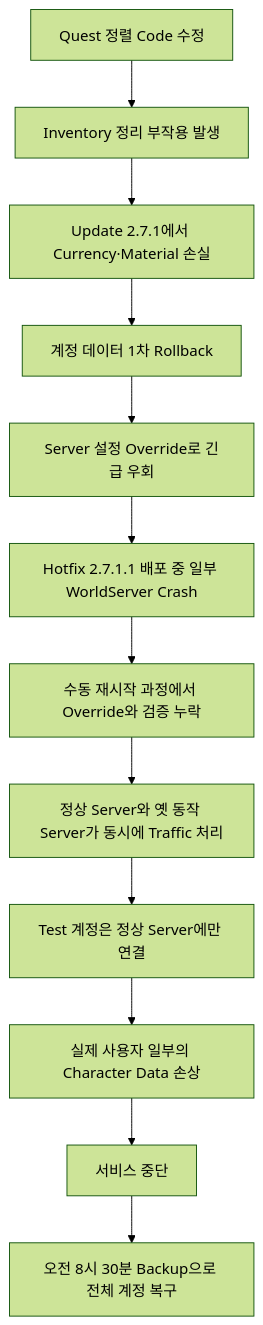
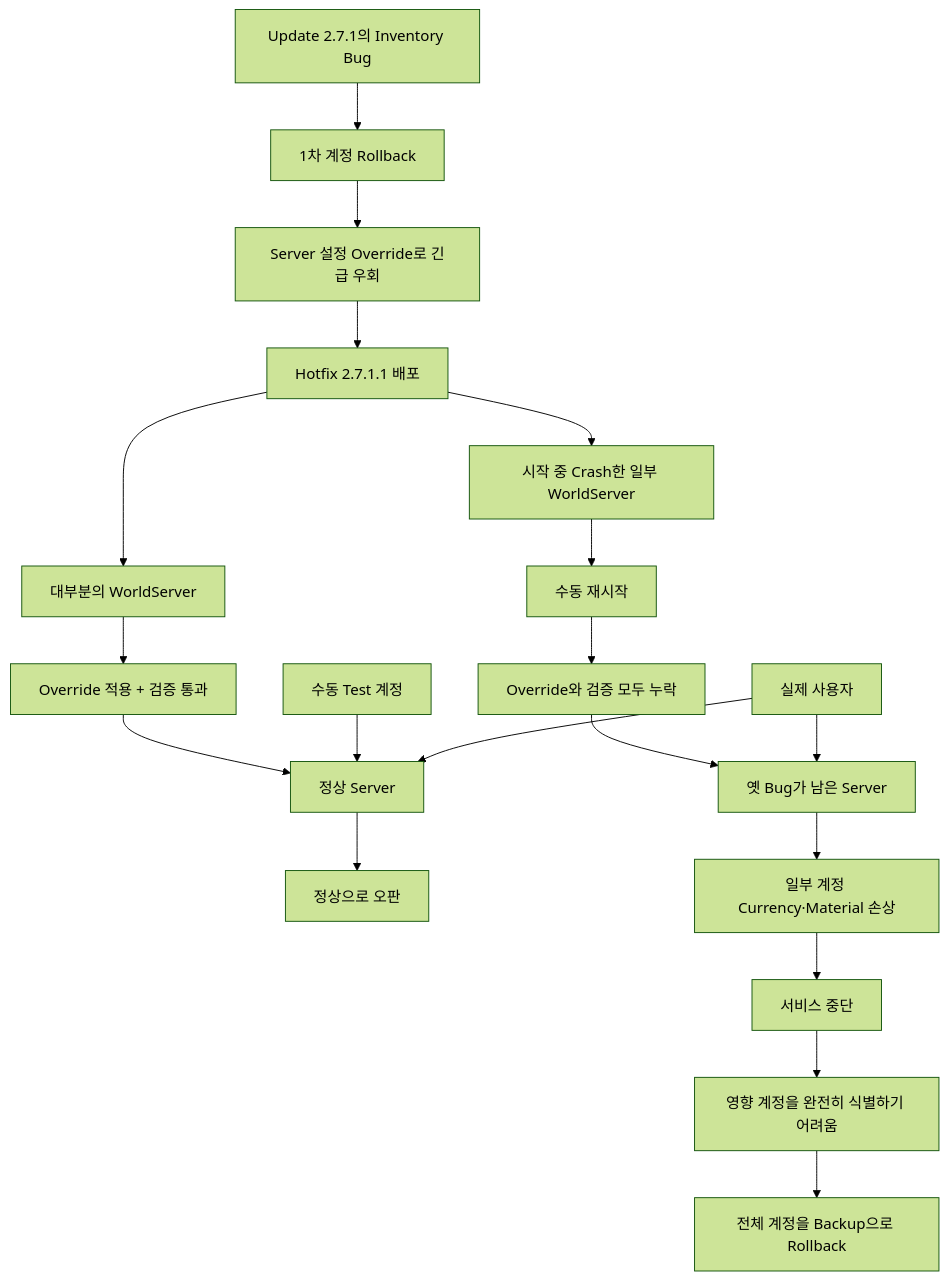
Before and after one commit to Unoh03/Obsi3: the first of 2 diagrams in 10_학습 노트/클라우드/Kubernetes/Lab_EKS Deployment 기초와 Rolling Update 실습.md, drawn with Mermaid (forest theme). The commit also changed other lines of this file, not shown here.

Commit message:
Auto: 2026. 07. 23. 17:28:34 M 10_학습 노트/클라우드/Kubernetes/Lab_EKS Deployment 기초와 Rolling Update 실습.md

````diff
--- a/10_학습 노트/클라우드/Kubernetes/Lab_EKS Deployment 기초와 Rolling Update 실습.md
+++ b/10_학습 노트/클라우드/Kubernetes/Lab_EKS Deployment 기초와 Rolling Update 실습.md
@@ -131,14 +132,27 @@
 ```mermaid
 flowchart TD
-    A["Quest 정렬 Code 수정"] --> B["Inventory 정리 부작용 발생"]
-    B --> C["Update 2.7.1에서 Currency·Material 손실"]
-    C --> D["계정 데이터 1차 Rollback"]
-    D --> E["Server 설정 Override로 긴급 우회"]
-    E --> F["Hotfix 2.7.1.1 배포 중 일부 WorldServer Crash"]
-    F --> G["수동 재시작 과정에서 Override와 검증 누락"]
-    G --> H["정상 Server와 옛 동작 Server가 동시에 Traffic 처리"]
-    H --> I["Test 계정은 정상 Server에만 연결"]
-    I --> J["실제 사용자 일부의 Character Data 손상"]
-    J --> K["서비스 중단"]
-    K --> L["오전 8시 30분 Backup으로 전체 계정 복구"]
+    A["Update 2.7.1의 Inventory Bug"] --> B["1차 계정 Rollback"]
+    B --> C["Server 설정 Override로 긴급 우회"]
+    C --> D["Hotfix 2.7.1.1 배포"]
+
+    D --> E["대부분의 WorldServer"]
+    D --> F["시작 중 Crash한 일부 WorldServer"]
+
+    E --> G["Override 적용 + 검증 통과"]
+    F --> H["수동 재시작"]
+    H --> I["Override와 검증 모두 누락"]
+
+    G --> J["정상 Server"]
+    I --> K["옛 Bug가 남은 Server"]
+
+    L["수동 Test 계정"] --> J
+    J --> M["정상으로 오판"]
+
+    N["실제 사용자"] --> J
+    N --> K
+    K --> O["일부 계정 Currency·Material 손상"]
+
+    O --> P["서비스 중단"]
+    P --> Q["영향 계정을 완전히 식별하기 어려움"]
+    Q --> R["전체 계정을 Backup으로 Rollback"]
 ```
````
